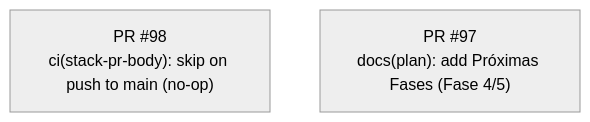
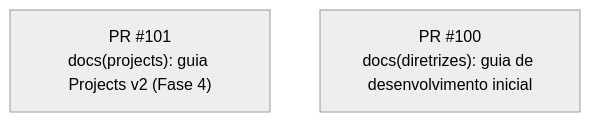
Before and after one commit to revton/car-fuel: the diagram in docs/stack-plan/STACK-PR-PLAN.md, drawn with Mermaid (neutral theme).

Commit message:
docs(stack): update Mermaid stack graph

````diff
--- a/docs/stack-plan/STACK-PR-PLAN.md
+++ b/docs/stack-plan/STACK-PR-PLAN.md
@@ -6,7 +6,7 @@
 ```mermaid
 flowchart TD
-  pr98["PR #98
-ci(stack-pr-body): skip on push to main (no-op)"]
-  pr97["PR #97
-docs(plan): add Próximas Fases (Fase 4/5)"]
+  pr101["PR #101
+docs(projects): guia Projects v2 (Fase 4)"]
+  pr100["PR #100
+docs(diretrizes): guia de desenvolvimento inicial"]
 ```
````
